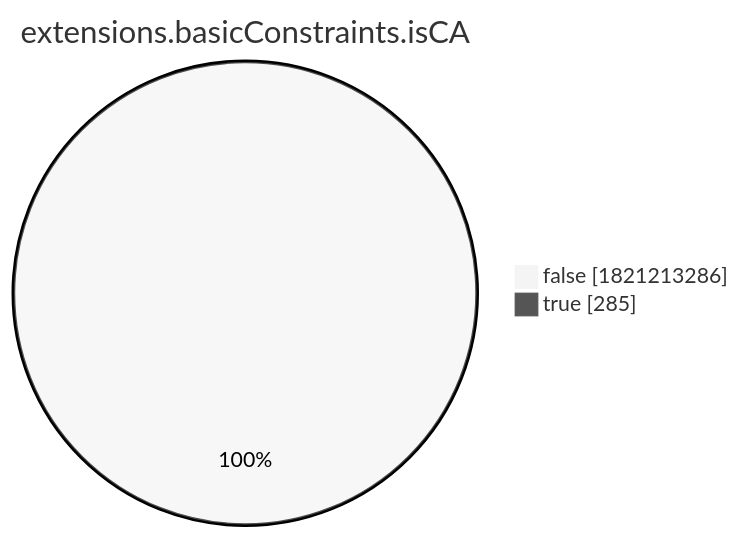
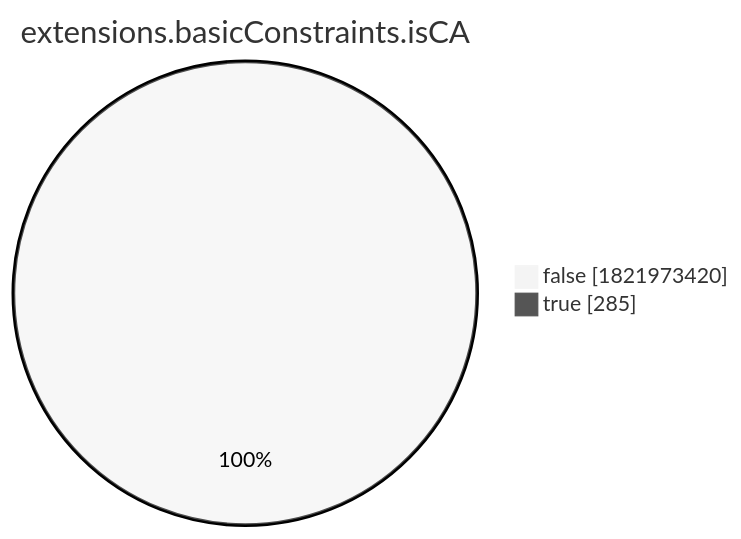
Before and after one commit to christiankrug/ctmonitor_visualization: the eighth of 15 diagrams in xenon2022/README.md, drawn with Mermaid (neutral theme). The commit also changed other lines of this file, not shown here.

````diff
--- a/xenon2022/README.md
+++ b/xenon2022/README.md
@@ -2868,6 +2868,6 @@
 ```mermaid
 pie showData
 title extensions.basicConstraints.isCA
-"false" :1821213286
+"false" :1821973420
 "true" :285
 ```
````
